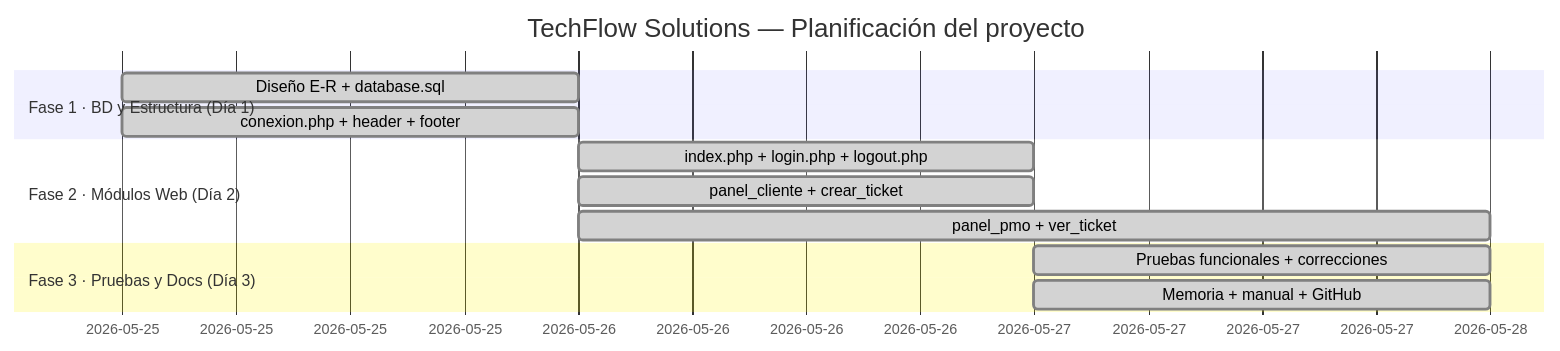
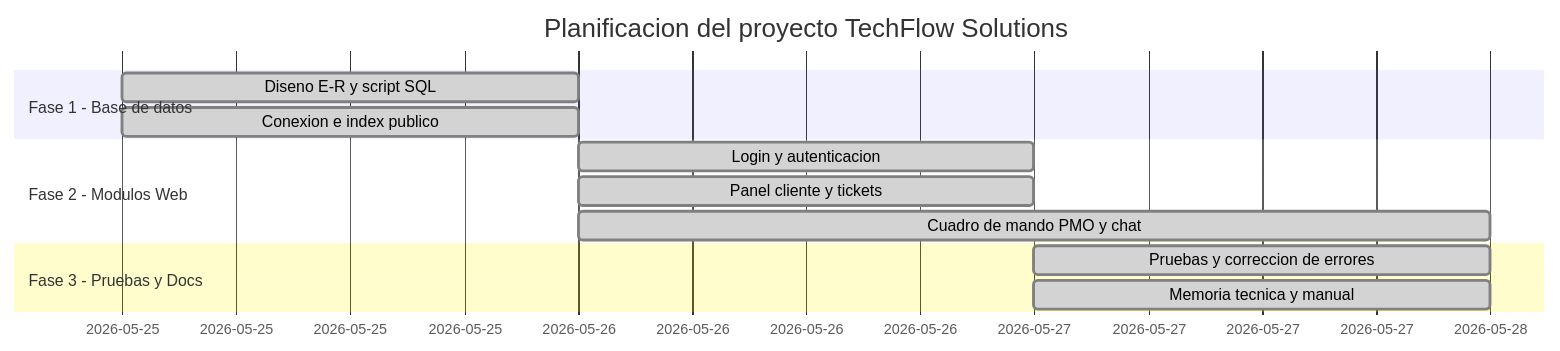
The first of 4 diagrams in diagramas_mermaid.md (alicenon/techflow), drawn with Mermaid before and after one commit. The commit also changed other lines of this file, not shown here.

Commit message:
docs: limpiado codigo mermaid de caracteres especiales para evitar parse error

````diff
--- a/diagramas_mermaid.md
+++ b/diagramas_mermaid.md
@@ -7,18 +7,18 @@
 ```mermaid
 gantt
-    title TechFlow Solutions — Planificación del proyecto
+    title Planificacion del proyecto TechFlow Solutions
     dateFormat  YYYY-MM-DD
 
-    section Fase 1 · BD y Estructura (Día 1)
-    Diseño E-R + database.sql          :done, 2026-05-25, 1d
-    conexion.php + header + footer     :done, 2026-05-25, 1d
+    section Fase 1 - Base de datos
+    Diseno E-R y script SQL          :done, 2026-05-25, 1d
+    Conexion e index publico         :done, 2026-05-25, 1d
 
-    section Fase 2 · Módulos Web (Día 2)
-    index.php + login.php + logout.php :done, 2026-05-26, 1d
-    panel_cliente + crear_ticket       :done, 2026-05-26, 1d
-    panel_pmo + ver_ticket             :done, 2026-05-26, 2d
+    section Fase 2 - Modulos Web
+    Login y autenticacion            :done, 2026-05-26, 1d
+    Panel cliente y tickets          :done, 2026-05-26, 1d
+    Cuadro de mando PMO y chat       :done, 2026-05-26, 2d
 
-    section Fase 3 · Pruebas y Docs (Día 3)
-    Pruebas funcionales + correcciones :done, 2026-05-27, 1d
-    Memoria + manual + GitHub          :done, 2026-05-27, 1d
+    section Fase 3 - Pruebas y Docs
+    Pruebas y correccion de errores  :done, 2026-05-27, 1d
+    Memoria tecnica y manual         :done, 2026-05-27, 1d
 ```
````
